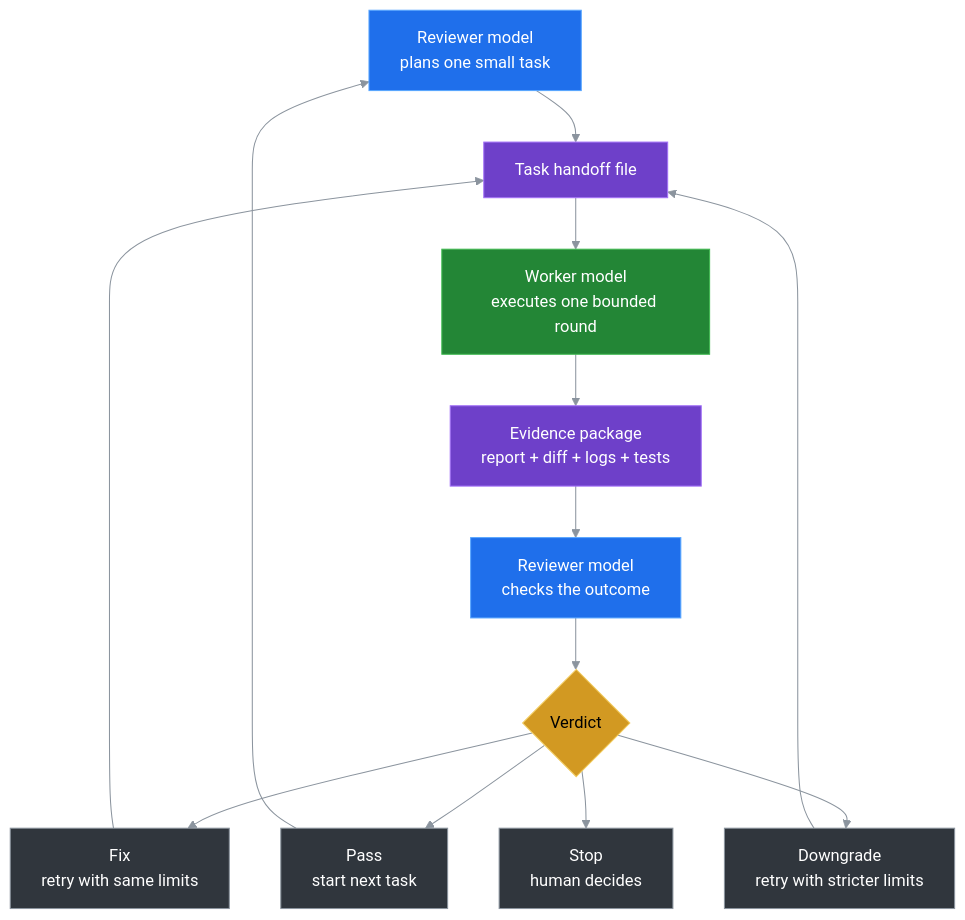
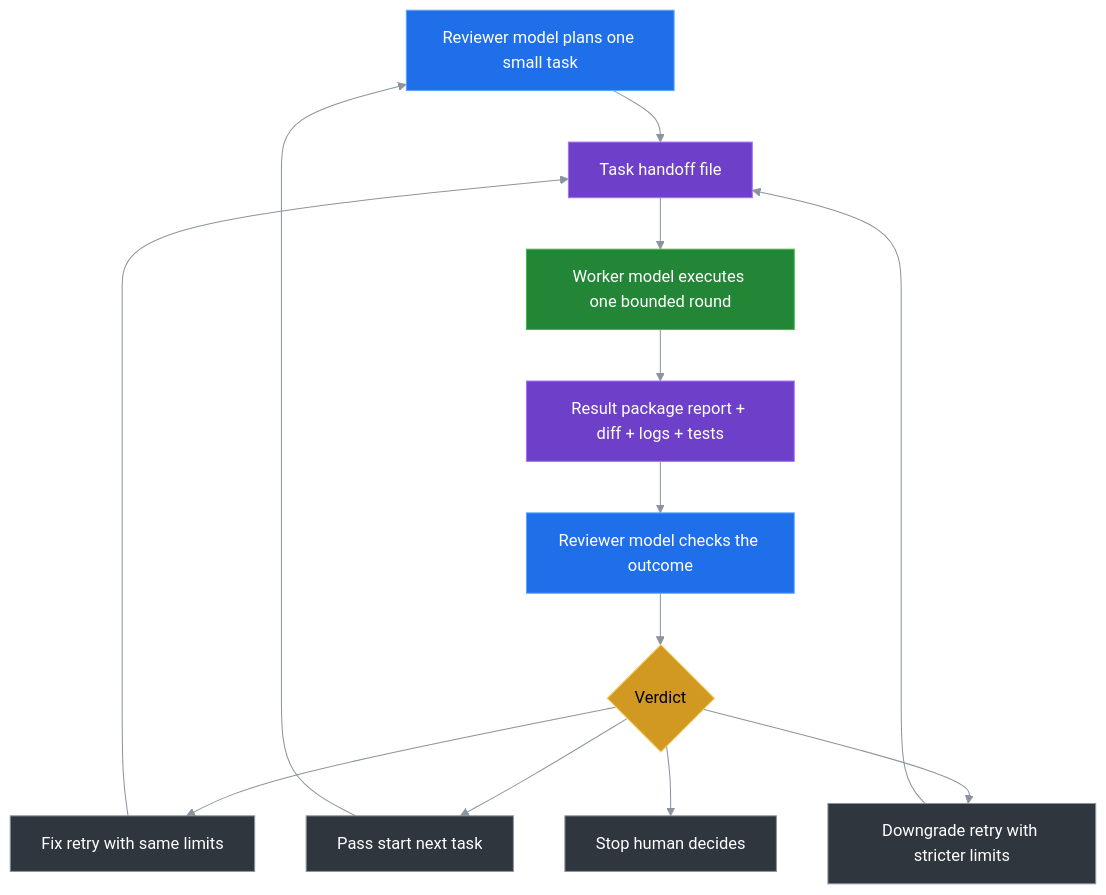
One commit to ningbo00/token-saver-loop changed the diagram in README.md. Above: the diagram before and after it, drawn with Mermaid. The commit also changed other lines of this file and 3 other files, not shown here.

````diff
--- a/README.md
+++ b/README.md
@@ -136,31 +137,31 @@
 ```mermaid
 %%{init: {"theme": "base", "themeVariables": {"background": "transparent", "primaryColor": "#1f6feb", "primaryTextColor": "#ffffff", "primaryBorderColor": "#58a6ff", "lineColor": "#8b949e", "secondaryColor": "#238636", "tertiaryColor": "#30363d"}}}%%
 flowchart TD
-    A[Reviewer model<br/>plans one small task]
+    A[Reviewer model plans one small task]
     B[Task handoff file]
-    C[Worker model<br/>executes one bounded round]
-    D[Evidence package<br/>report + diff + logs + tests]
-    E[Reviewer model<br/>checks the outcome]
+    C[Worker model executes one bounded round]
+    D[Result package report + diff + logs + tests]
+    E[Reviewer model checks the outcome]
     F{Verdict}
-    G[Pass<br/>start next task]
-    H[Fix<br/>retry with same limits]
-    I[Downgrade<br/>retry with stricter limits]
-    J[Stop<br/>human decides]
+    G[Pass start next task]
+    H[Fix retry with same limits]
+    I[Downgrade retry with stricter limits]
+    J[Stop human decides]
 
     A --> B --> C --> D --> E --> F
     F --> G --> A
     F --> H --> B
     F --> I --> B
     F --> J
 
     classDef reviewer fill:#1f6feb,stroke:#58a6ff,color:#ffffff
     classDef worker fill:#238636,stroke:#3fb950,color:#ffffff
     classDef file fill:#6e40c9,stroke:#a371f7,color:#ffffff
     classDef verdict fill:#d29922,stroke:#f2cc60,color:#000000
     classDef outcome fill:#30363d,stroke:#8b949e,color:#ffffff
     class A,E reviewer
     class C worker
     class B,D file
     class F verdict
     class G,H,I,J outcome
 ```
````
